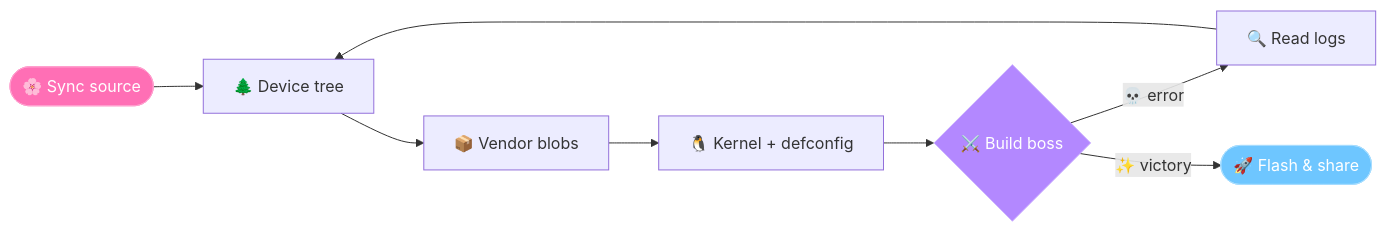
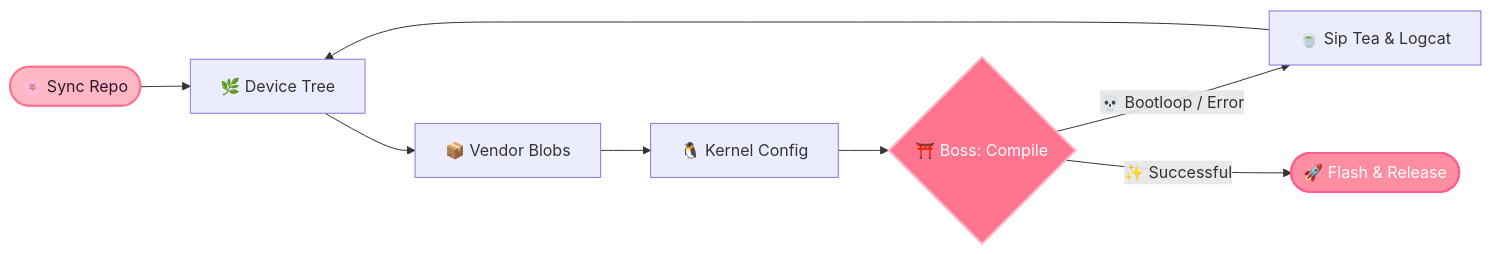
One commit to Huy7684/Huy7684 changed the diagram in README.md. Above: the diagram before and after it, drawn with Mermaid. The commit also changed other lines of this file, not shown here.

````diff
--- a/README.md
+++ b/README.md
@@ -48,13 +58,13 @@
 ```mermaid
 flowchart LR
-    A([🌸 Sync source]) --> B[🌲 Device tree]
-    B --> C[📦 Vendor blobs]
-    C --> D[🐧 Kernel + defconfig]
-    D --> E{⚔️ Build boss}
-    E -->|💀 error| F[🔍 Read logs]
+    A([🌸 Sync Repo]) --> B[🌿 Device Tree]
+    B --> C[📦 Vendor Blobs]
+    C --> D[🐧 Kernel Config]
+    D --> E{⛩️ Boss: Compile}
+    E -->|💀 Bootloop / Error| F[🍵 Sip Tea & Logcat]
     F --> B
-    E -->|✨ victory| G([🚀 Flash & share])
-    style A fill:#FF6FB5,stroke:#ff9ecd,color:#fff
-    style E fill:#B388FF,stroke:#d0b8ff,color:#fff
-    style G fill:#6EC6FF,stroke:#a6dcff,color:#fff
+    E -->|✨ Successful| G([🚀 Flash & Release])
+    style A fill:#FFB7C5,stroke:#FF758F,color:#2B192E,stroke-width:2px
+    style E fill:#FF758F,stroke:#FFB7C5,color:#ffffff,stroke-width:2px
+    style G fill:#FF8DA1,stroke:#FF5D8F,color:#ffffff,stroke-width:2px
 ```
````
